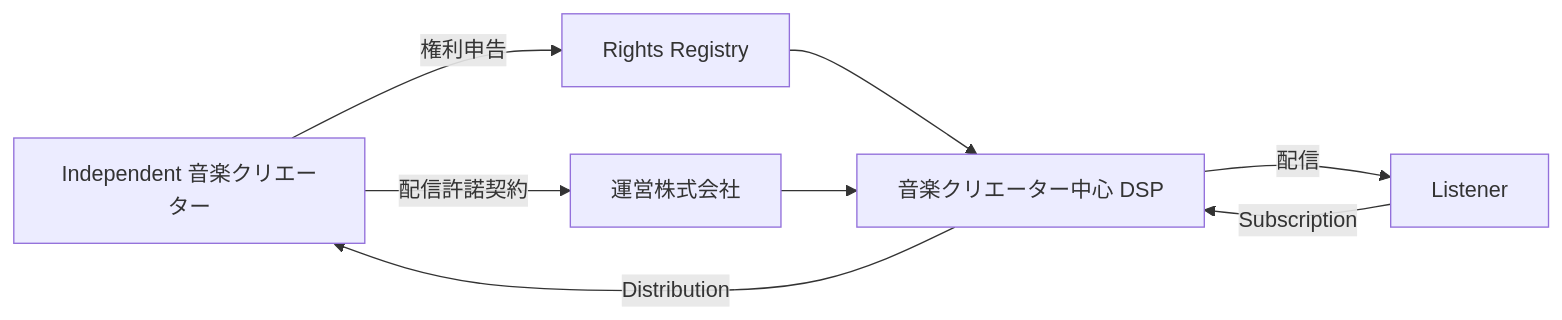
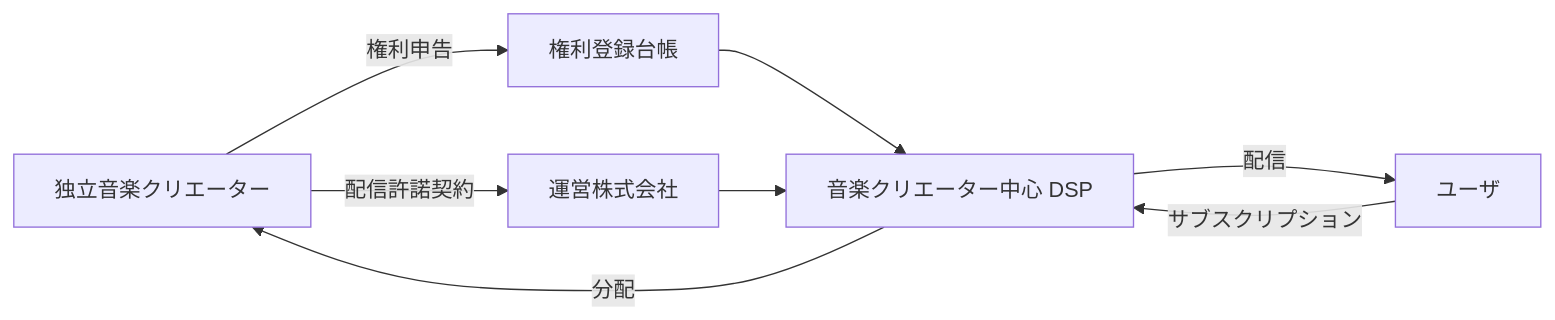
The sixth of 17 diagrams in docs/whitepaper/03-rights-and-money.md (ShigeichiroYamasaki/creator-first-platform), drawn with Mermaid before and after one commit. The commit also changed other lines of this file and 72 other files, not shown here.

````diff
--- a/docs/whitepaper/03-rights-and-money.md
+++ b/docs/whitepaper/03-rights-and-money.md
@@ -153,11 +153,11 @@
 ```mermaid
 flowchart LR
-    C[Independent 音楽クリエーター]
-    C -->|権利申告| REG[Rights Registry]
+    C[独立音楽クリエーター]
+    C -->|権利申告| REG[権利登録台帳]
     C -->|配信許諾契約| CORP[運営株式会社]
     REG --> DSP[音楽クリエーター中心 DSP]
     CORP --> DSP
-    DSP -->|配信| U[Listener]
-    U -->|Subscription| DSP
-    DSP -->|Distribution| C
+    DSP -->|配信| U[ユーザ]
+    U -->|サブスクリプション| DSP
+    DSP -->|分配| C
 ```
````
